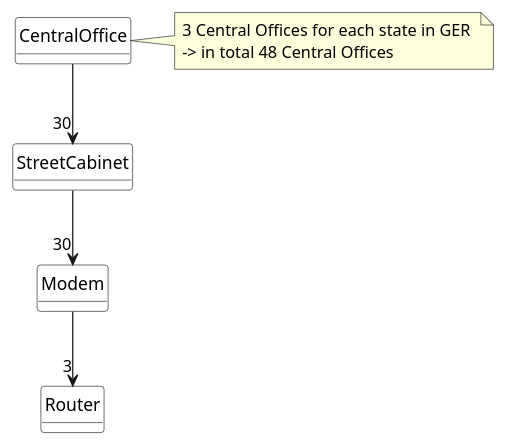
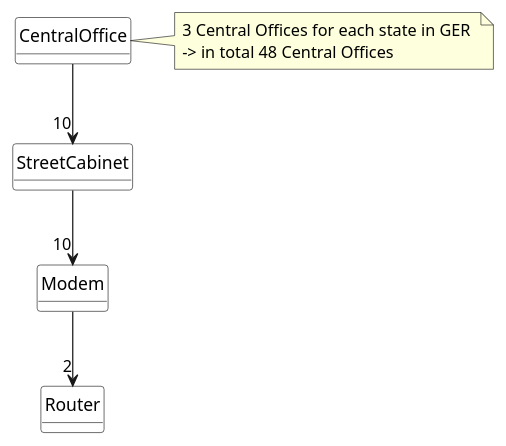
Before and after one commit to laurenzhbr/graphql-mongodb: the diagram in uml_diagramms/wsd-files/resource_relationship_model.wsd, drawn with PlantUML. The commit also changed 2 other files, not shown here.

```diff
--- a/uml_diagramms/wsd-files/resource_relationship_model.wsd
+++ b/uml_diagramms/wsd-files/resource_relationship_model.wsd
@@ -4,38 +4,38 @@
 @startuml ResourceRelationshipModel
 hide circle
 hide methods
 hide stereotype
 show <<Enumeration>> stereotype
 skinparam class {
-   BackgroundColor #FFFFFF
+  BackgroundColor #FFFFFF
 }
 
 class CentralOffice {
 
 }
 
 class StreetCabinet {
 
 }
 
 class Modem {
 
 }
 
 class Router {
 
 }
 
-CentralOffice -->  "30" StreetCabinet
+CentralOffice -->  "10" StreetCabinet
 
-StreetCabinet --> "30" Modem
+StreetCabinet --> "10" Modem
 
-Modem --> "3" Router
+Modem --> "2" Router
 
 note right of CentralOffice
   3 Central Offices for each state in GER 
   -> in total 48 Central Offices
 end note
 
 
 @enduml
```
